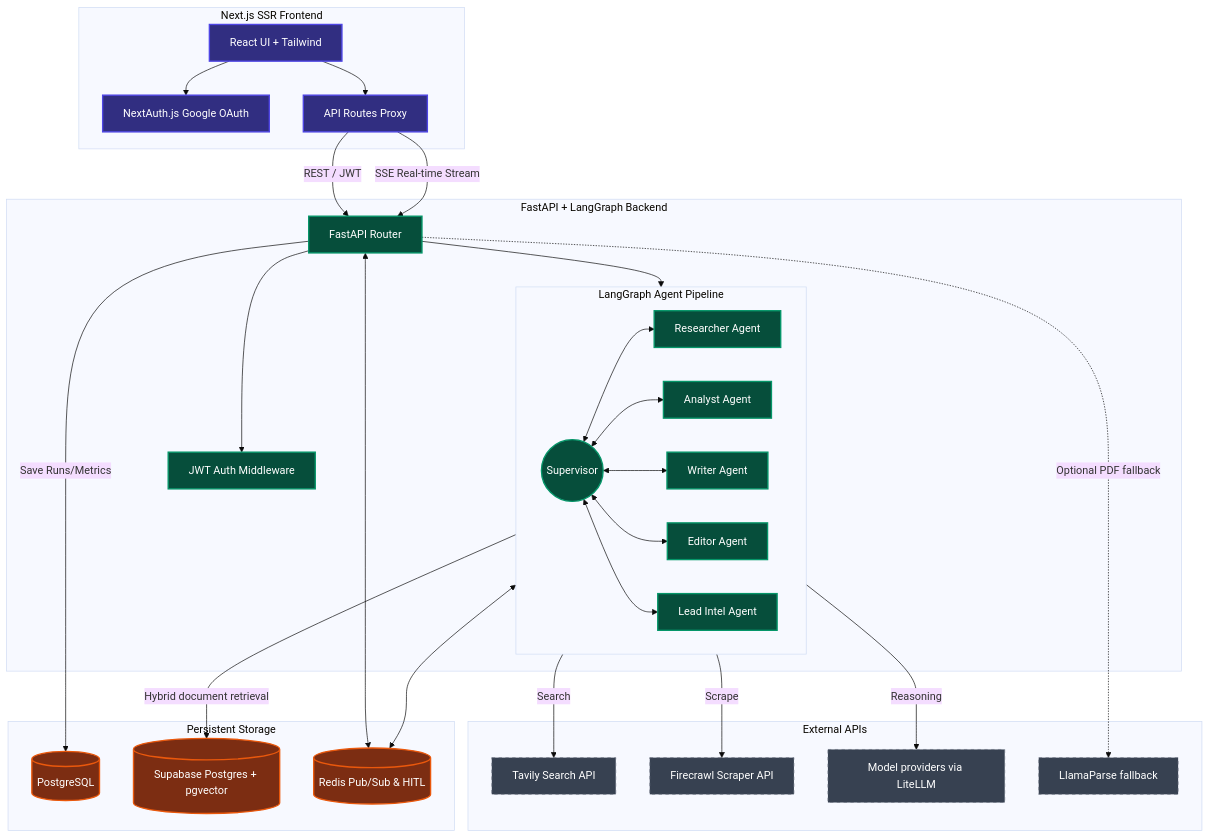
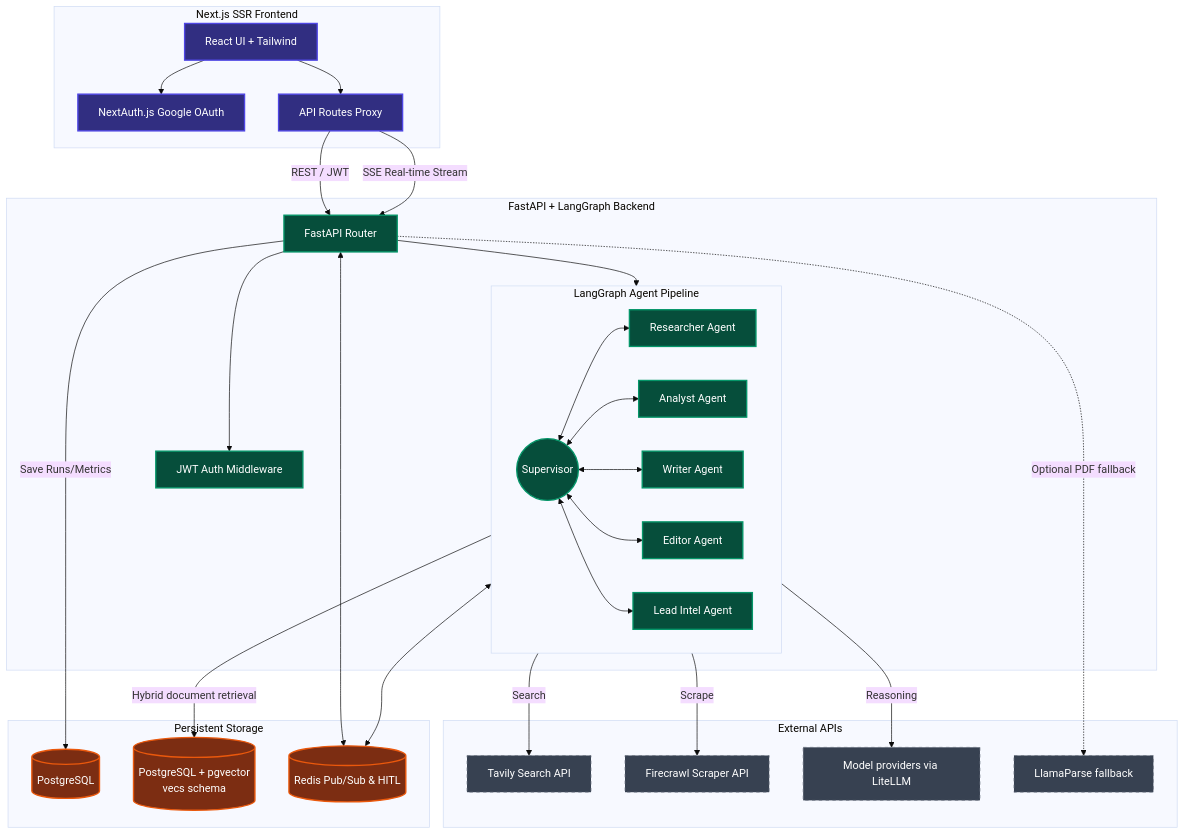
The diagram in docs/architecture.md (befikadusata/agentic-research-factory), drawn with Mermaid (base theme) before and after one commit. The commit also changed other lines of this file and 6 other files, not shown here.

````diff
--- a/docs/architecture.md
+++ b/docs/architecture.md
@@ -11,70 +11,70 @@
 ```mermaid
 graph TD
     %% Styling
     classDef frontend fill:#312e81,stroke:#4f46e5,stroke-width:2px,color:#fff
     classDef backend fill:#064e3b,stroke:#059669,stroke-width:2px,color:#fff
     classDef db fill:#7c2d12,stroke:#ea580c,stroke-width:2px,color:#fff
     classDef external fill:#374151,stroke:#6b7280,stroke-width:1px,color:#fff,stroke-dasharray: 5 5
 
     %% Frontend
     subgraph Frontend [Next.js SSR Frontend]
         UI[React UI + Tailwind]:::frontend
         Auth[NextAuth.js Google OAuth]:::frontend
         API_Route[API Routes Proxy]:::frontend
         UI --> Auth
         UI --> API_Route
     end
 
     %% Backend
     subgraph Backend [FastAPI + LangGraph Backend]
         API[FastAPI Router]:::backend
         Auth_MW[JWT Auth Middleware]:::backend
         API --> Auth_MW
         
         subgraph Graph [LangGraph Agent Pipeline]
             Supervisor((Supervisor)):::backend
             Researcher[Researcher Agent]:::backend
             Analyst[Analyst Agent]:::backend
             Writer[Writer Agent]:::backend
             Editor[Editor Agent]:::backend
             LeadIntel[Lead Intel Agent]:::backend
             
             Supervisor <--> Researcher
             Supervisor <--> Analyst
             Supervisor <--> Writer
             Supervisor <--> Editor
             Supervisor <--> LeadIntel
         end
         
         API --> Graph
     end
 
     %% Database
     subgraph Storage [Persistent Storage]
         PG[(PostgreSQL)]:::db
-        VectorDB[(Supabase Postgres + pgvector)]:::db
+        VectorDB[(PostgreSQL + pgvector<br/>vecs schema)]:::db
         Redis[(Redis Pub/Sub & HITL)]:::db
     end
 
     %% External Services
     subgraph External [External APIs]
         Tavily[Tavily Search API]:::external
         Firecrawl[Firecrawl Scraper API]:::external
         LLM[Model providers via LiteLLM]:::external
         LlamaParse[LlamaParse fallback]:::external
     end
 
     %% Connections
     API_Route -- "REST / JWT" --> API
     API_Route -- "SSE Real-time Stream" --> API
     
     Graph -- "Search" --> Tavily
     Graph -- "Scrape" --> Firecrawl
     Graph -- "Reasoning" --> LLM
     API -. "Optional PDF fallback" .-> LlamaParse
     Graph -- "Hybrid document retrieval" --> VectorDB
     
     API -- "Save Runs/Metrics" --> PG
     API <--> Redis
     Graph <--> Redis
 ```
````
